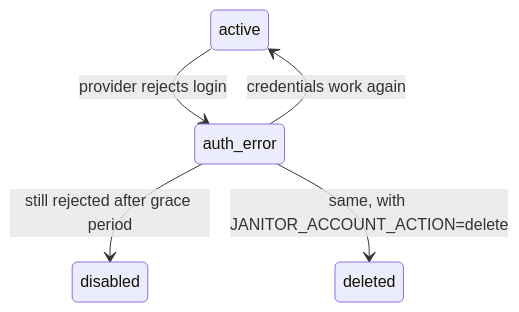
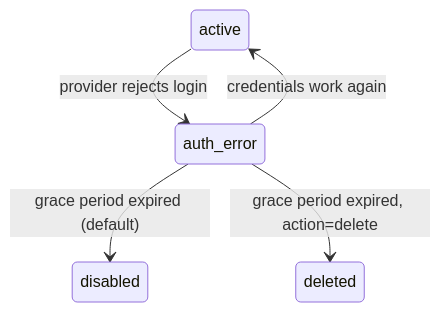
One commit to satuapps/lenovmail changed the second of 2 diagrams in README.md. Above: the diagram before and after it, drawn with Mermaid. The commit also changed other lines of this file and 1 other file, not shown here.

Commit message:
group processes and stores in the architecture diagrams

````diff
--- a/README.md
+++ b/README.md
@@ -118,7 +128,7 @@
 ```mermaid
 stateDiagram-v2
     active --> auth_error: provider rejects login
     auth_error --> active: credentials work again
-    auth_error --> disabled: still rejected after grace period
-    auth_error --> deleted: same, with JANITOR_ACCOUNT_ACTION=delete
+    auth_error --> disabled: grace period expired (default)
+    auth_error --> deleted: grace period expired, action=delete
 ```
````
